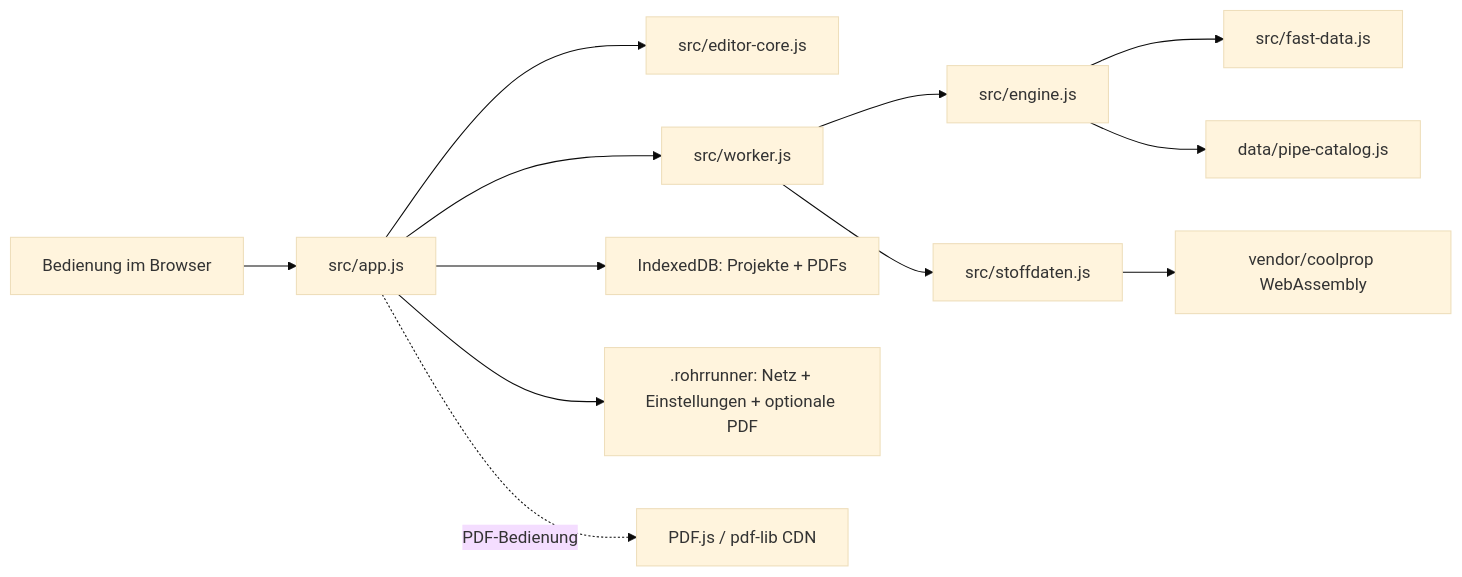
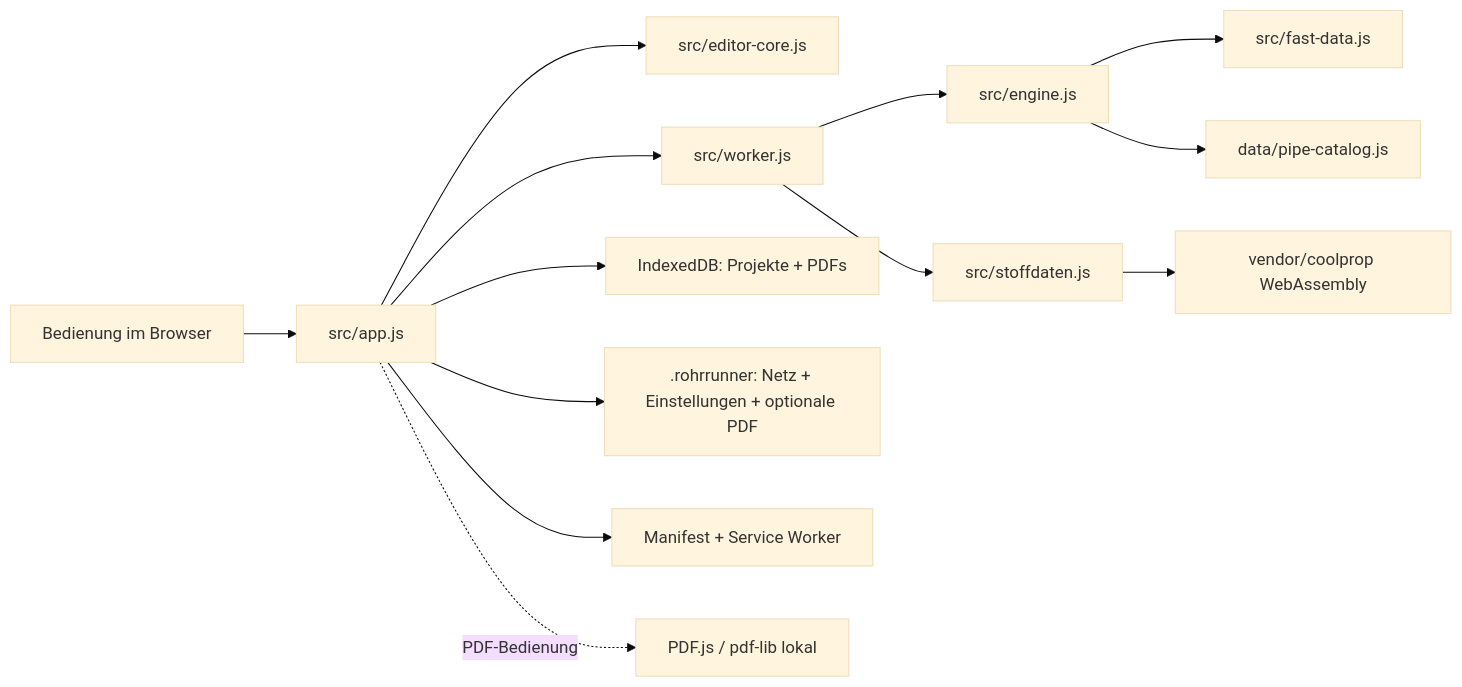
Before and after one commit to MrK235/RohrRunner: the diagram in ARCHITECTURE.md, drawn with Mermaid (base theme). The commit also changed other lines of this file and 12 other files, not shown here.

Commit message:
PWA-Offline-App-Shell ergänzen

````diff
--- a/ARCHITECTURE.md
+++ b/ARCHITECTURE.md
@@ -7,14 +7,15 @@
 ```mermaid
 flowchart LR
   User[Bedienung im Browser] --> App[src/app.js]
   App --> Editor[src/editor-core.js]
   App --> Worker[src/worker.js]
   Worker --> Engine[src/engine.js]
   Worker --> Props[src/stoffdaten.js]
   Props --> CoolProp[vendor/coolprop WebAssembly]
   Engine --> Fast[src/fast-data.js]
   Engine --> Catalog[data/pipe-catalog.js]
   App --> BrowserStorage[IndexedDB: Projekte + PDFs]
   App --> ProjectFile[.rohrrunner: Netz + Einstellungen + optionale PDF]
-  App -. PDF-Bedienung .-> CDN[PDF.js / pdf-lib CDN]
+  App --> PWA[Manifest + Service Worker]
+  App -. PDF-Bedienung .-> PDF[PDF.js / pdf-lib lokal]
 ```
````
